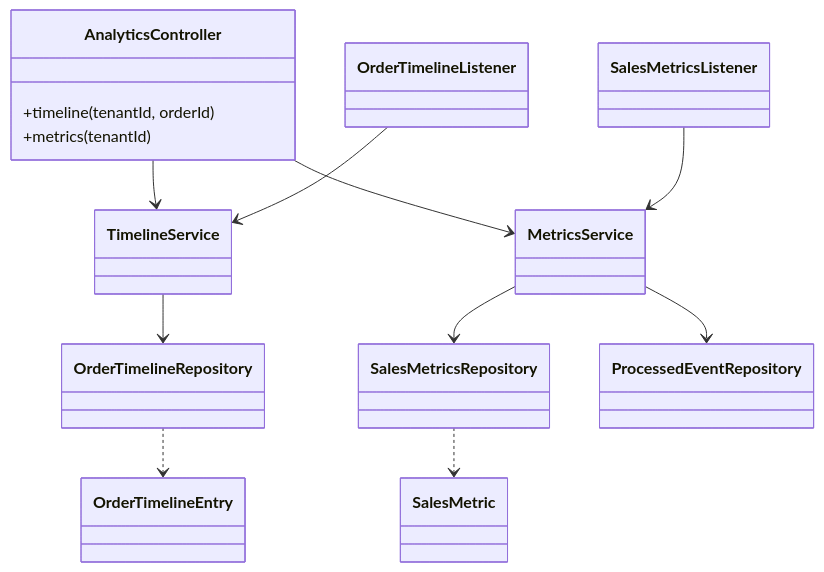
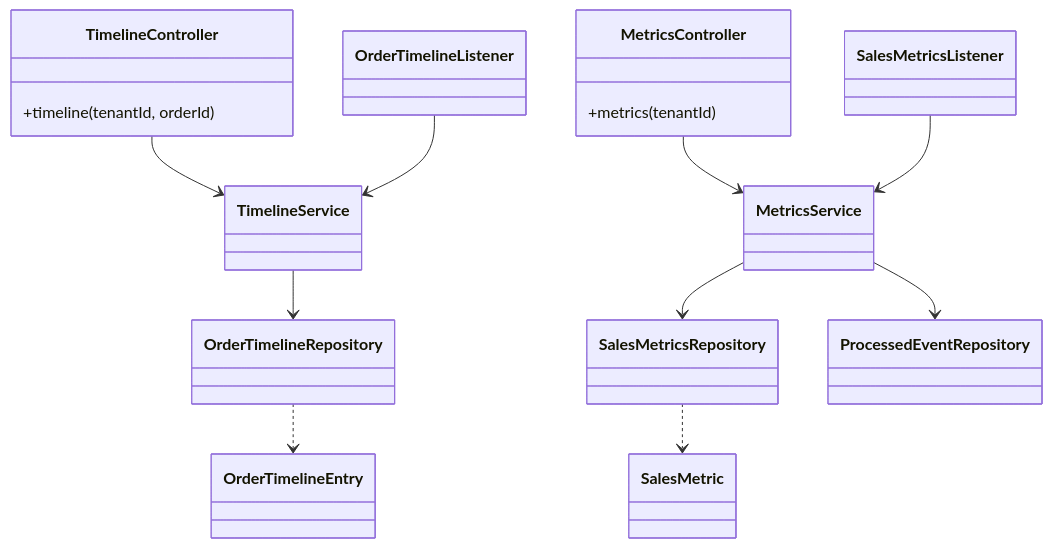
The second of 2 diagrams in specs/001-order-analytics-kafka/uml.md (Dariosoft/fes-analytics-api), drawn with Mermaid before and after one commit. The commit also changed 1 other file, not shown here.

Commit message:
docs: reflect the split timeline and metrics controllers

````diff
--- a/specs/001-order-analytics-kafka/uml.md
+++ b/specs/001-order-analytics-kafka/uml.md
@@ -22,26 +22,28 @@
 ```mermaid
 classDiagram
-  class AnalyticsController {
+  class TimelineController {
     +timeline(tenantId, orderId)
+  }
+  class MetricsController {
     +metrics(tenantId)
   }
   class TimelineService
   class MetricsService
   class OrderTimelineRepository
   class SalesMetricsRepository
   class ProcessedEventRepository
   class OrderTimelineEntry
   class SalesMetric
   class OrderTimelineListener
   class SalesMetricsListener
 
-  AnalyticsController --> TimelineService
-  AnalyticsController --> MetricsService
+  TimelineController --> TimelineService
+  MetricsController --> MetricsService
   TimelineService --> OrderTimelineRepository
   MetricsService --> SalesMetricsRepository
   MetricsService --> ProcessedEventRepository
   OrderTimelineListener --> TimelineService
   SalesMetricsListener --> MetricsService
   OrderTimelineRepository ..> OrderTimelineEntry
   SalesMetricsRepository ..> SalesMetric
 ```
````
